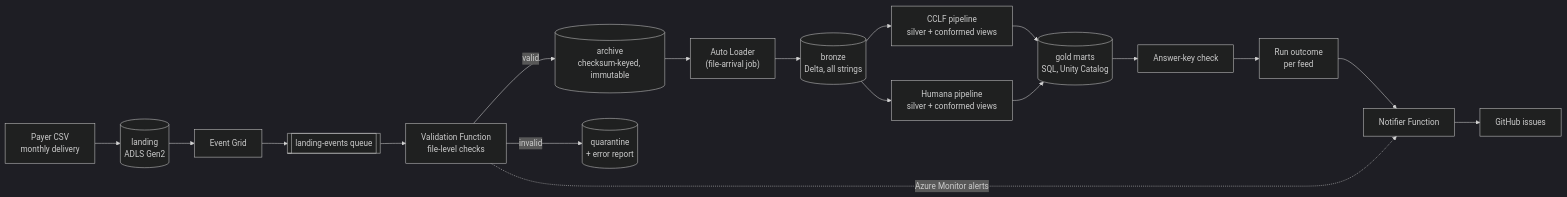
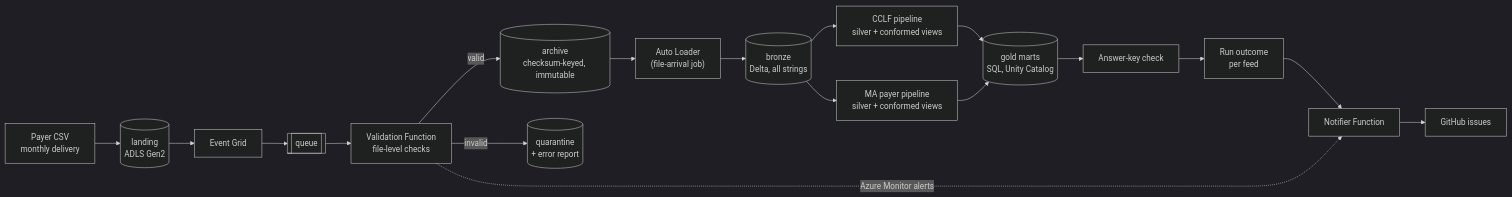
One commit to fredr171/claims-lakehouse-databricks-azure changed the diagram in README.md. Above: the diagram before and after it, drawn with Mermaid (dark theme). The commit also changed other lines of this file and 2 other files, not shown here.

````diff
--- a/README.md
+++ b/README.md
@@ -37,15 +23,15 @@
 ```mermaid
 flowchart LR
     payer["Payer CSV<br/>monthly delivery"] --> landing[("landing<br/>ADLS Gen2")]
-    landing --> eg["Event Grid"] --> q[["landing-events queue"]] --> fn["Validation Function<br/>file-level checks"]
+    landing --> eg["Event Grid"] --> q[["queue"]] --> fn["Validation Function<br/>file-level checks"]
     fn -->|valid| archive[("archive<br/>checksum-keyed, immutable")]
     fn -->|invalid| quarantine[("quarantine<br/>+ error report")]
     archive --> al["Auto Loader<br/>(file-arrival job)"] --> bronze[("bronze<br/>Delta, all strings")]
     bronze --> cms["CCLF pipeline<br/>silver + conformed views"]
-    bronze --> hum["Humana pipeline<br/>silver + conformed views"]
+    bronze --> ma["MA payer pipeline<br/>silver + conformed views"]
     cms --> gold[("gold marts<br/>SQL, Unity Catalog")]
-    hum --> gold
+    ma --> gold
     gold --> check["Answer-key check"] --> outcome["Run outcome<br/>per feed"]
     outcome --> notifier["Notifier Function"] --> issues["GitHub issues"]
     fn -.->|"Azure Monitor alerts"| notifier
 ```
````
